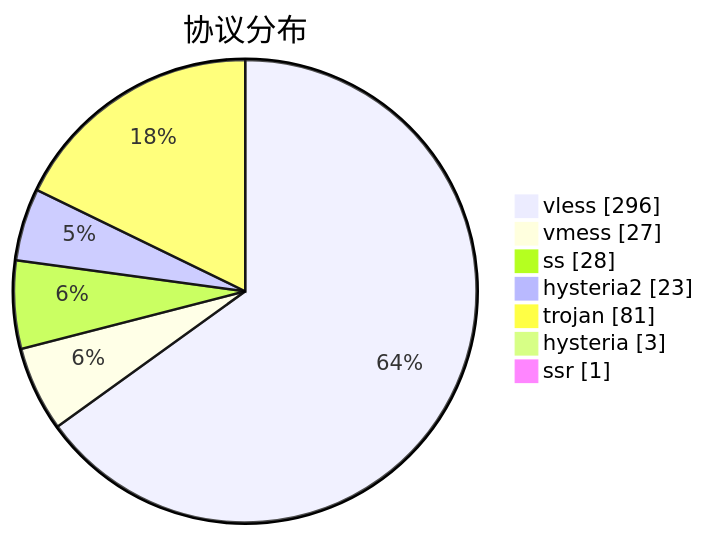
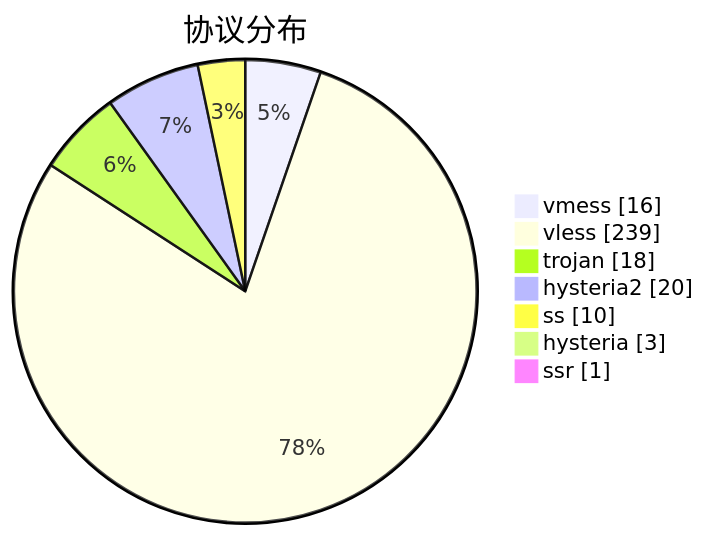
One commit to sinspired/airport changed the third of 3 diagrams in subs/statistics/tested_within.md. Above: the diagram before and after it, drawn with Mermaid. The commit also changed other lines of this file and 2 other files, not shown here.

````diff
--- a/subs/statistics/tested_within.md
+++ b/subs/statistics/tested_within.md
@@ -40,11 +36,11 @@
 ```mermaid
 pie showData
 title 协议分布
-"vless" : 296
-"vmess" : 27
-"ss" : 28
-"hysteria2" : 23
-"trojan" : 81
+"vmess" : 16
+"vless" : 239
+"trojan" : 18
+"hysteria2" : 20
+"ss" : 10
 "hysteria" : 3
 "ssr" : 1
 ```
````
